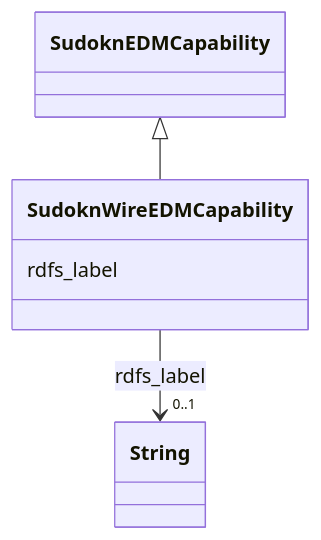
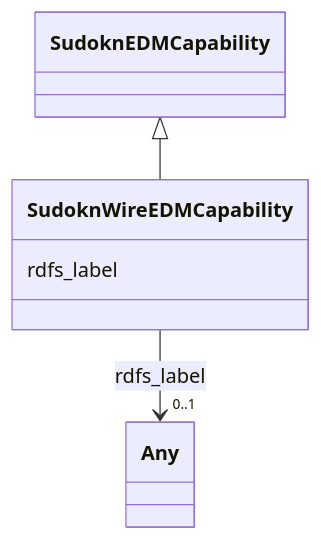
Before and after one commit to frink-okn/graph-descriptions: the diagram in sudokn-kg/classes/SudoknWireEDMCapability.md, drawn with Mermaid. The commit also changed other lines of this file and 903 other files, not shown here.

````diff
--- a/sudokn-kg/classes/SudoknWireEDMCapability.md
+++ b/sudokn-kg/classes/SudoknWireEDMCapability.md
@@ -23,18 +18,18 @@
 ```mermaid
  classDiagram
     class SudoknWireEDMCapability
     click SudoknWireEDMCapability href "../SudoknWireEDMCapability"
       SudoknEDMCapability <|-- SudoknWireEDMCapability
         click SudoknEDMCapability href "../SudoknEDMCapability"
       
       SudoknWireEDMCapability : rdfs_label
         
           
     
     
-    SudoknWireEDMCapability --> "0..1" String : rdfs_label
-    click String href "../String"
+    SudoknWireEDMCapability --> "0..1" Any : rdfs_label
+    click Any href "../Any"
 
         
       
 ```
````
